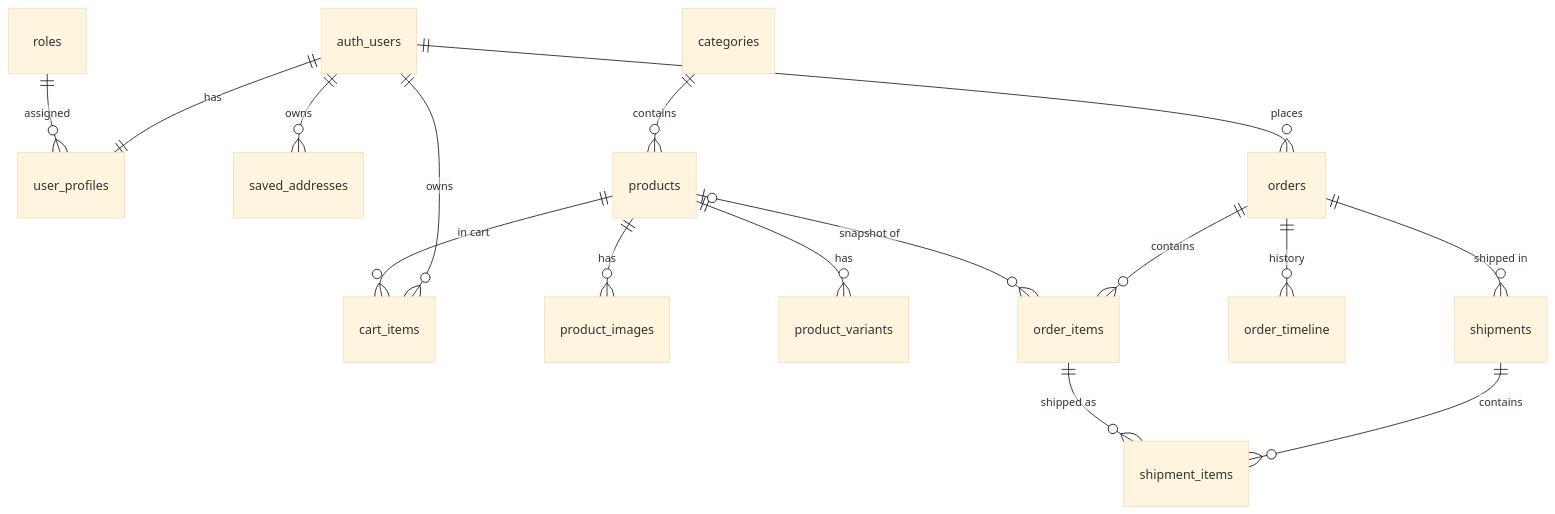
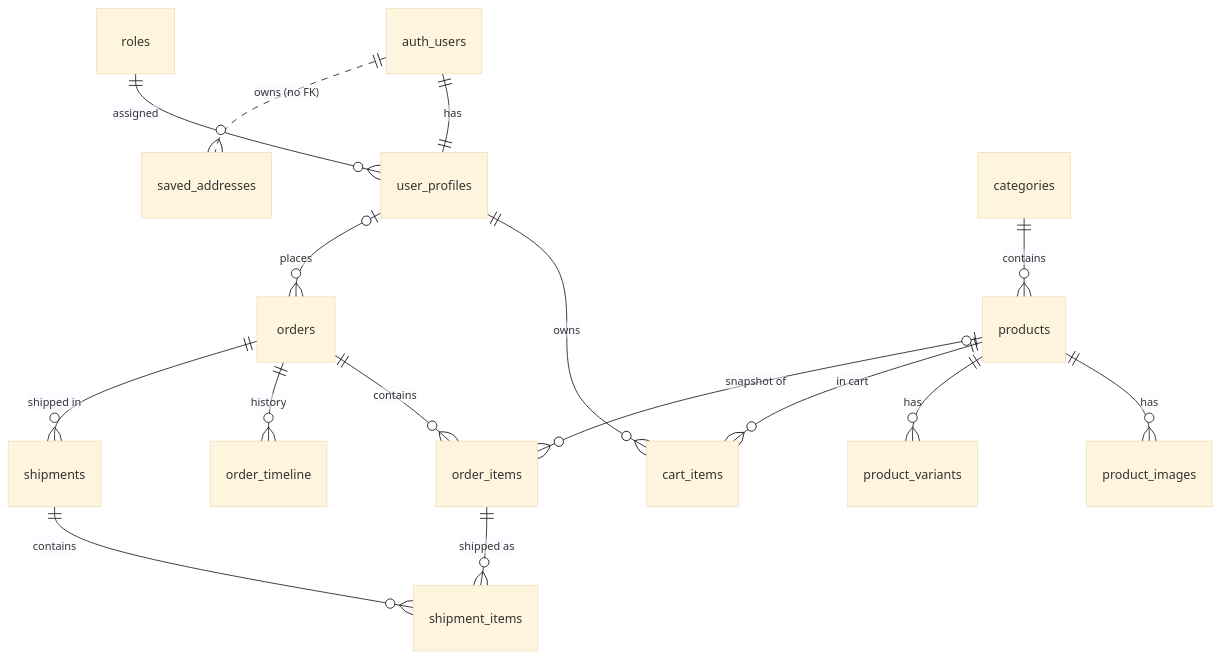
One commit to projectinshahi/crystal-wall-art changed the second of 3 diagrams in PROJECT_ANALYSIS.md. Above: the diagram before and after it, drawn with Mermaid (base theme). The commit also changed other lines of this file, not shown here.

````diff
--- a/PROJECT_ANALYSIS.md
+++ b/PROJECT_ANALYSIS.md
@@ -443,18 +455,18 @@
 ```mermaid
 erDiagram
     auth_users ||--|| user_profiles : has
     roles ||--o{ user_profiles : assigned
-    auth_users ||--o{ saved_addresses : owns
-    auth_users ||--o{ cart_items : owns
-    auth_users ||--o{ orders : places
+    auth_users ||..o{ saved_addresses : "owns (no FK)"
+    user_profiles ||--o{ cart_items : owns
+    user_profiles |o--o{ orders : places
     categories ||--o{ products : contains
     products ||--o{ product_images : has
     products ||--o{ product_variants : has
     products ||--o{ cart_items : "in cart"
     orders ||--o{ order_items : contains
     orders ||--o{ order_timeline : history
     orders ||--o{ shipments : "shipped in"
     shipments ||--o{ shipment_items : contains
     order_items ||--o{ shipment_items : "shipped as"
     products |o--o{ order_items : "snapshot of"
 ```
````
